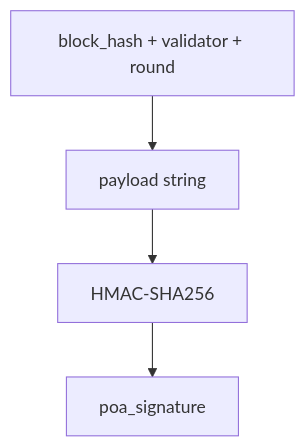
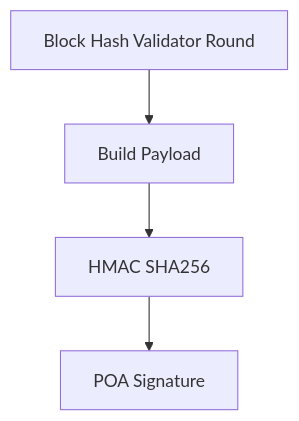
The third of 33 diagrams in readme.md (smshagor-dev/Next-Gen-Blockchain-for-Vehicle-Security), drawn with Mermaid before and after one commit. The commit also changed other lines of this file and 5 other files, not shown here.

````diff
--- a/readme.md
+++ b/readme.md
@@ -379,6 +380,6 @@
 ```mermaid
 flowchart TD
-    A[block_hash + validator + round] --> B[payload string]
-    B --> C[HMAC-SHA256]
-    C --> D[poa_signature]
+    A[Block Hash Validator Round] --> B[Build Payload]
+    B --> C[HMAC SHA256]
+    C --> D[POA Signature]
 ```
````
